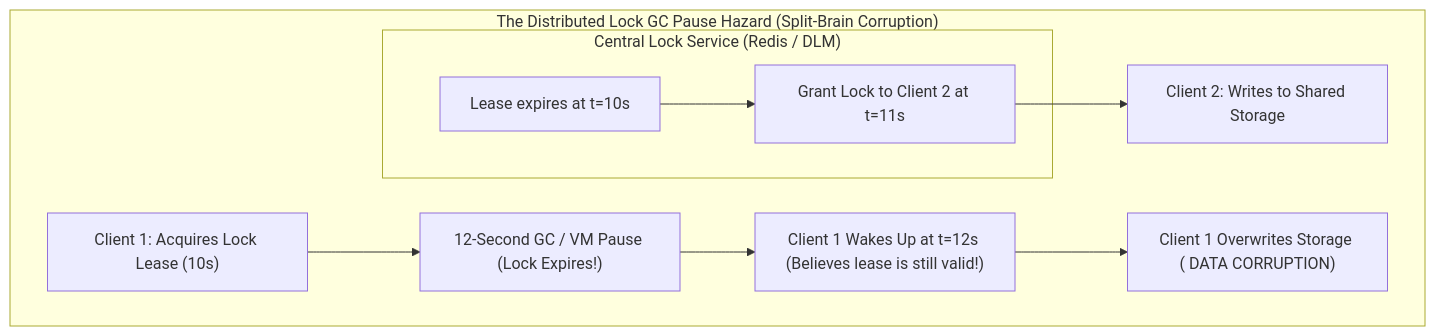
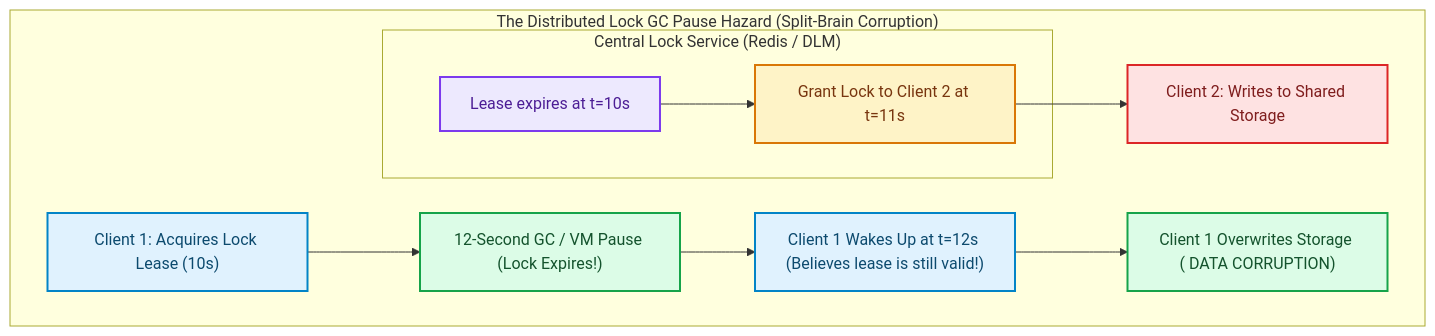
One commit to akmalkhaniub/akmalkhaniub.github.io changed the first of 2 diagrams in blog/posts/distributed-lock-managers-redlock-controversy-fencing-tokens.md. Above: the diagram before and after it, drawn with Mermaid. The commit also changed other lines of this file and 1291 other files, not shown here.

First line of the commit message:
feat(catalog): unique covers, scholarly references, and diagram palettes

````diff
--- a/blog/posts/distributed-lock-managers-redlock-controversy-fencing-tokens.md
+++ b/blog/posts/distributed-lock-managers-redlock-controversy-fencing-tokens.md
@@ -11,14 +11,25 @@
 ```mermaid
 flowchart TD
   subgraph SG1_TheDistributedLock ["The Distributed Lock GC Pause Hazard (Split-Brain Corruption)"]
     ClientA["Client 1: Acquires Lock Lease (10s)"] --> GC[" 12-Second GC / VM Pause (Lock Expires!)"]
     
     subgraph SG2_CentralLockService ["Central Lock Service (Redis / DLM)"]
       Expire["Lease expires at t=10s"] --> GrantB["Grant Lock to Client 2 at t=11s"]
     end
     
     GrantB --> ClientB["Client 2: Writes to Shared Storage"]
     GC --> Wakeup["Client 1 Wakes Up at t=12s (Believes lease is still valid!)"]
     Wakeup --> Overwrite["Client 1 Overwrites Storage ( DATA CORRUPTION)"]
   end
+
+classDef green fill:#dcfce7,stroke:#16a34a,stroke-width:2px,color:#14532d;
+classDef red fill:#fee2e2,stroke:#dc2626,stroke-width:2px,color:#7f1d1d;
+classDef blue fill:#e0f2fe,stroke:#0284c7,stroke-width:2px,color:#0c4a6e;
+classDef yellow fill:#fef3c7,stroke:#d97706,stroke-width:2px,color:#78350f;
+classDef purple fill:#ede9fe,stroke:#7c3aed,stroke-width:2px,color:#4c1d95;
+class ClientA,Wakeup blue
+class GC,Overwrite green
+class Expire purple
+class GrantB yellow
+class ClientB red
 ```
````
